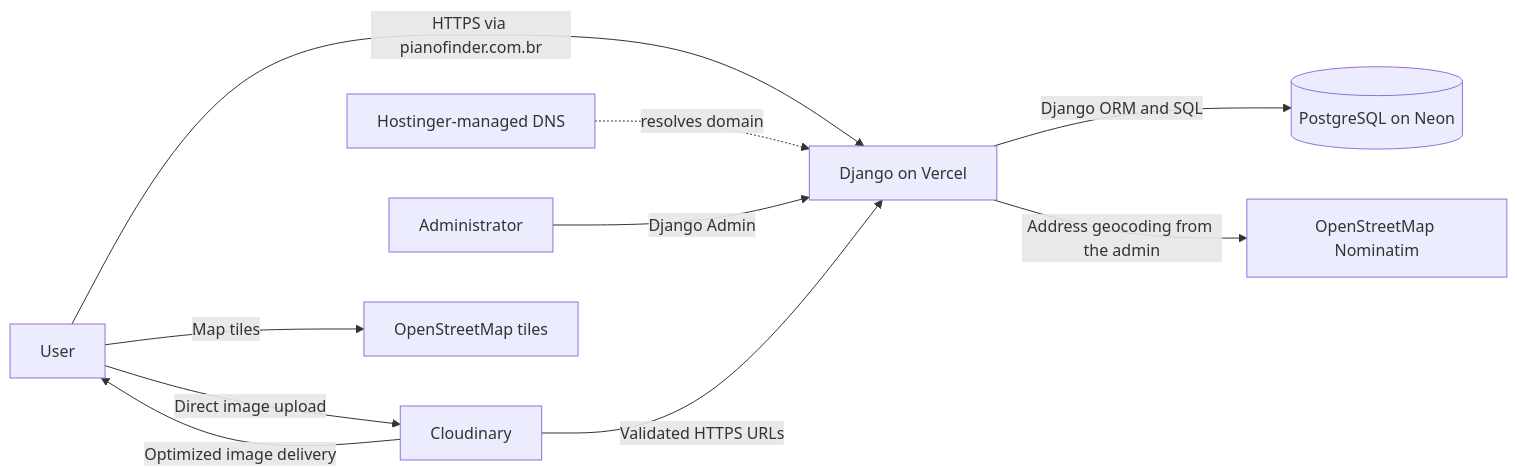
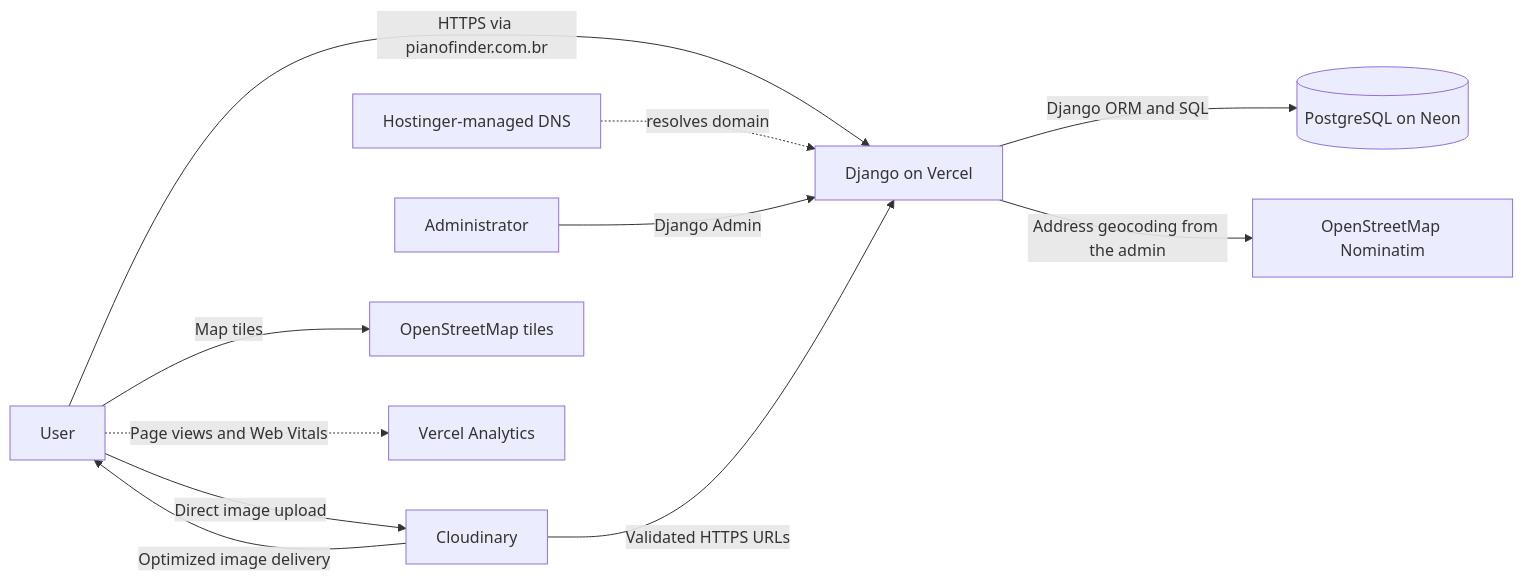
Before and after one commit to jvtorlando/piano-finder: the diagram in README.md, drawn with Mermaid. The commit also changed other lines of this file and 20 other files, not shown here.

````diff
--- a/README.md
+++ b/README.md
@@ -63,12 +62,13 @@
 ```mermaid
 flowchart LR
     U[User] -->|HTTPS via pianofinder.com.br| V[Django on Vercel]
     H[Hostinger-managed DNS] -. resolves domain .-> V
     A[Administrator] -->|Django Admin| V
     V -->|Django ORM and SQL| N[(PostgreSQL on Neon)]
     U -->|Direct image upload| C[Cloudinary]
     C -->|Validated HTTPS URLs| V
     C -->|Optimized image delivery| U
     V -->|Address geocoding from the admin| O[OpenStreetMap Nominatim]
     U -->|Map tiles| T[OpenStreetMap tiles]
+    U -.->|Page views and Web Vitals| W[Vercel Analytics]
 ```
````
